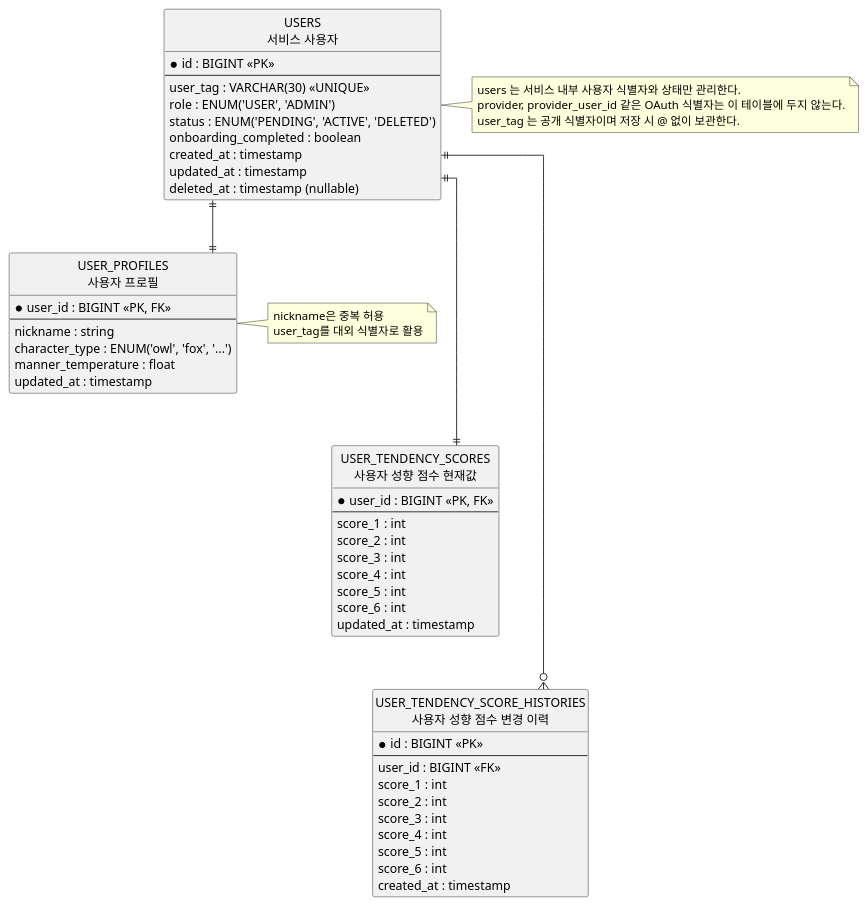
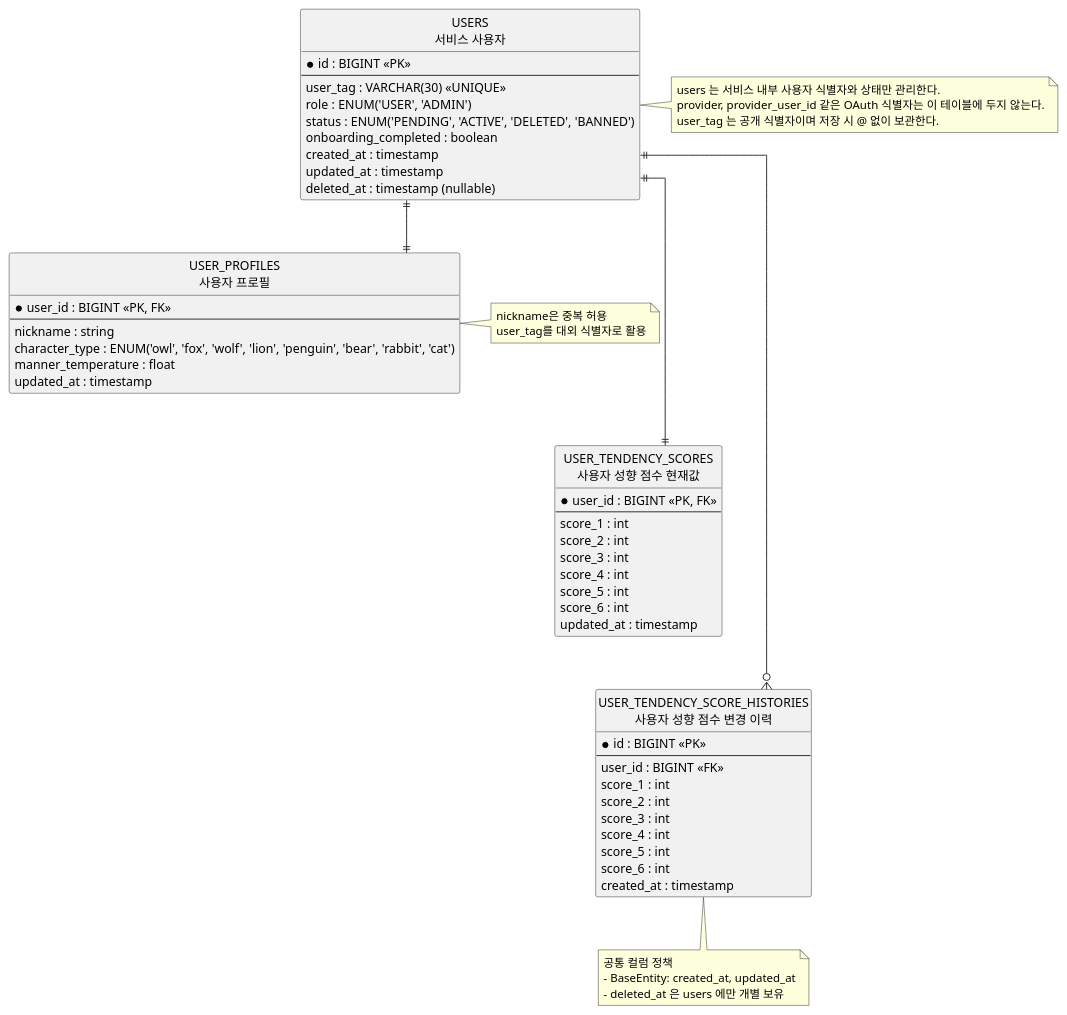
Before and after one commit to SWYP-Find/Server: the diagram in docs/erd/user.puml, drawn with PlantUML. The commit also changed 1 other file, not shown here.

Commit message:
📚 Docs: user ERD 보정

```diff
--- a/docs/erd/user.puml
+++ b/docs/erd/user.puml
@@ -1,71 +1,77 @@
 @startuml
 hide circle
 hide methods
 skinparam linetype ortho
 
 entity "USERS\n서비스 사용자" as users {
   * id : BIGINT <<PK>>
   --
   user_tag : VARCHAR(30) <<UNIQUE>>
   role : ENUM('USER', 'ADMIN')
-  status : ENUM('PENDING', 'ACTIVE', 'DELETED')
+  status : ENUM('PENDING', 'ACTIVE', 'DELETED', 'BANNED')
   onboarding_completed : boolean
   created_at : timestamp
   updated_at : timestamp
   deleted_at : timestamp (nullable)
 }
 
 entity "USER_PROFILES\n사용자 프로필" as user_profiles {
   * user_id : BIGINT <<PK, FK>>
   --
   nickname : string
-  character_type : ENUM('owl', 'fox', '...')
+  character_type : ENUM('owl', 'fox', 'wolf', 'lion', 'penguin', 'bear', 'rabbit', 'cat')
   manner_temperature : float
   updated_at : timestamp
 }
 
 entity "USER_TENDENCY_SCORES\n사용자 성향 점수 현재값" as user_tendency_scores {
   * user_id : BIGINT <<PK, FK>>
   --
   score_1 : int
   score_2 : int
   score_3 : int
   score_4 : int
   score_5 : int
   score_6 : int
   updated_at : timestamp
 }
 
 entity "USER_TENDENCY_SCORE_HISTORIES\n사용자 성향 점수 변경 이력" as user_tendency_score_histories {
   * id : BIGINT <<PK>>
   --
   user_id : BIGINT <<FK>>
   score_1 : int
   score_2 : int
   score_3 : int
   score_4 : int
   score_5 : int
   score_6 : int
   created_at : timestamp
 }
 
 users -[hidden]down- user_profiles
 user_profiles -[hidden]down- user_tendency_scores
 user_tendency_scores -[hidden]down- user_tendency_score_histories
 
 users ||--|| user_profiles
 users ||--|| user_tendency_scores
 users ||--o{ user_tendency_score_histories
 
 note right of users
   users 는 서비스 내부 사용자 식별자와 상태만 관리한다.
   provider, provider_user_id 같은 OAuth 식별자는 이 테이블에 두지 않는다.
   user_tag 는 공개 식별자이며 저장 시 @ 없이 보관한다.
 end note
 
 note right of user_profiles
   nickname은 중복 허용
   user_tag를 대외 식별자로 활용
 end note
 
+note bottom of user_tendency_score_histories
+  공통 컬럼 정책
+  - BaseEntity: created_at, updated_at
+  - deleted_at 은 users 에만 개별 보유
+end note
+
 @enduml
```
